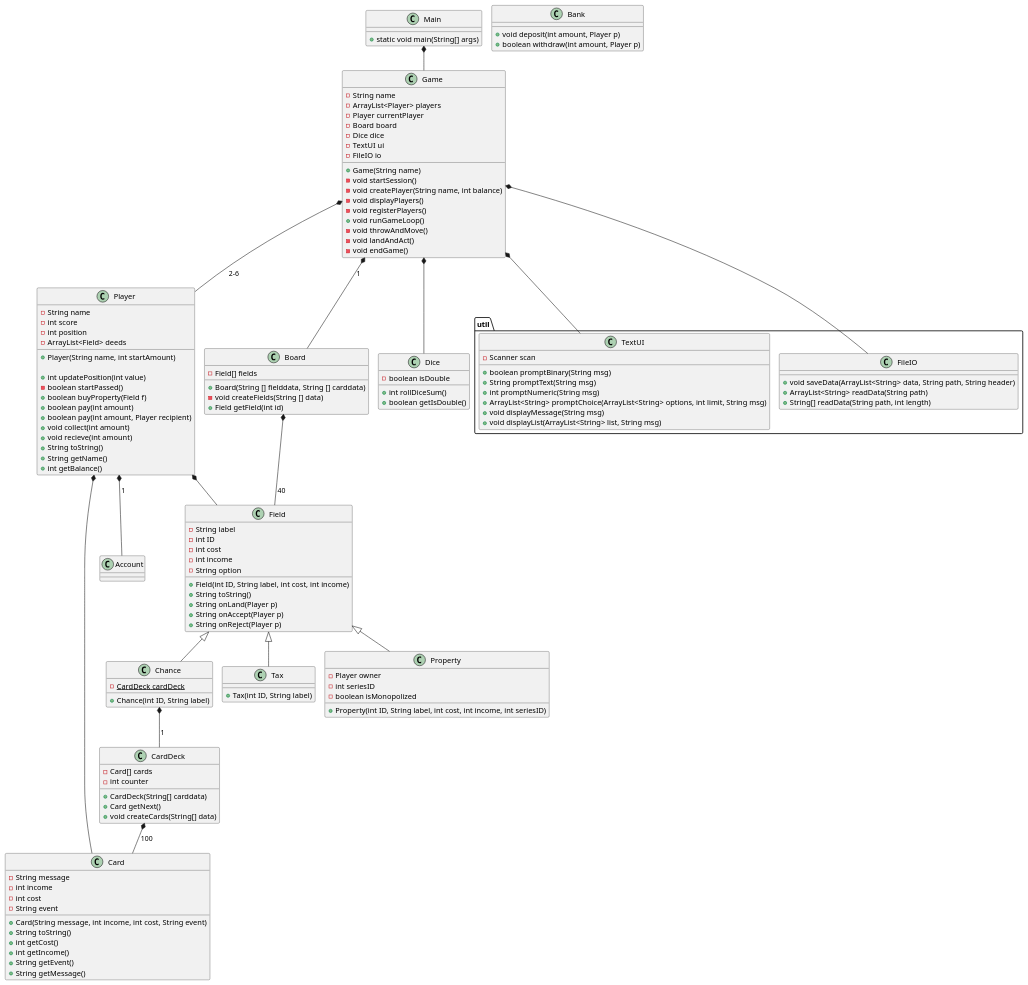
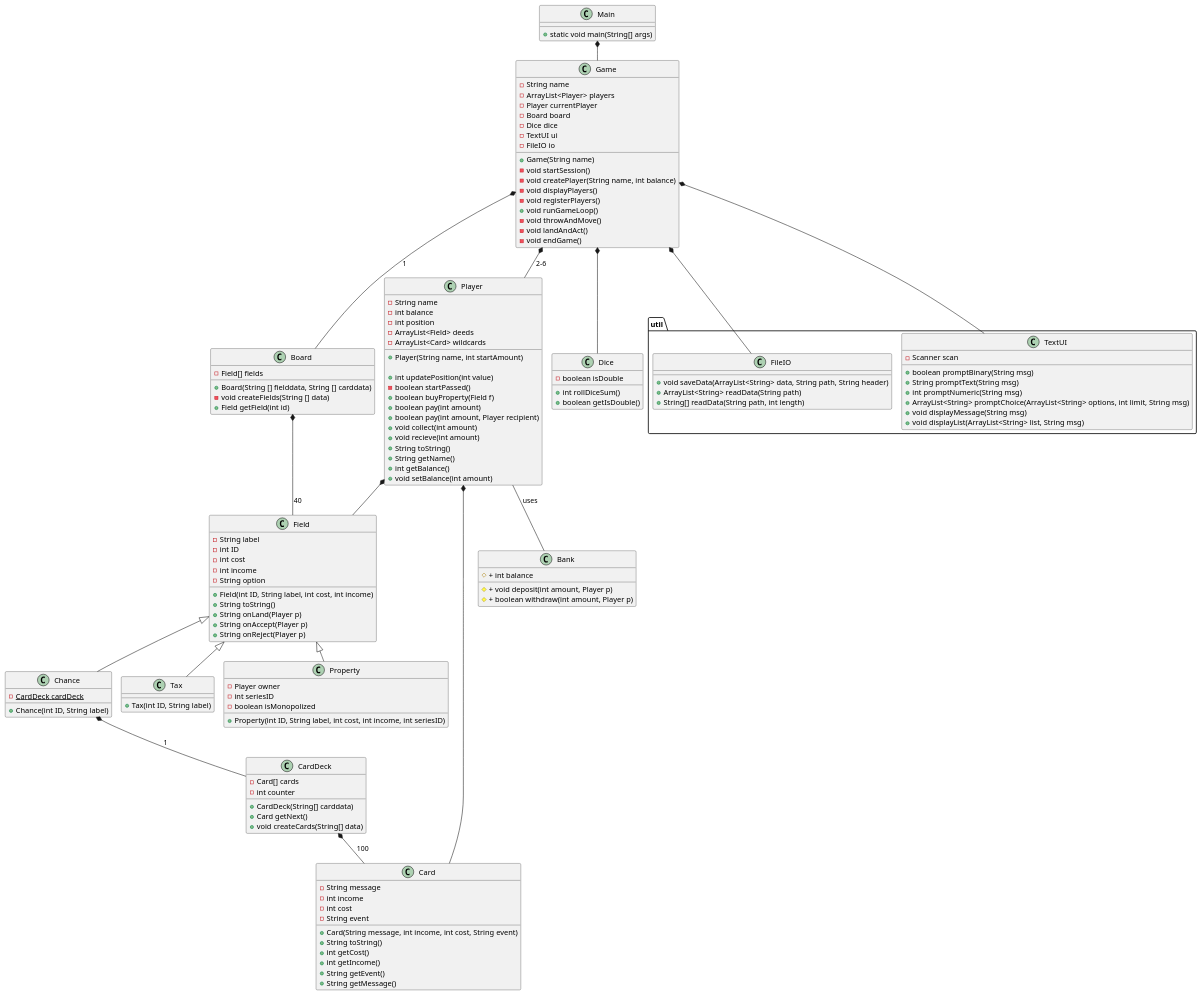
One commit to Dat1Cphbusiness/MonopolyE25 changed the diagram in doc/plan/static/classdiagram_v1.puml. Above: the diagram before and after it, drawn with PlantUML.

Commit message:
some domain classes added

```diff
--- a/doc/plan/static/classdiagram_v1.puml
+++ b/doc/plan/static/classdiagram_v1.puml
@@ -1,151 +1,152 @@
 @startuml
 !pragma layout smetana
 
 class Main{
 + static void main(String[] args)
 }
 
 
 
 
 class Game{
  - String name
  - ArrayList<Player> players
  - Player currentPlayer
  - Board board
  - Dice dice
  'utilities
   - TextUI ui
   - FileIO io
   'Contructor
  + Game(String name)
  'Methods
  - void startSession()
  - void createPlayer(String name, int balance)
  - void displayPlayers()
  - void registerPlayers()
  + void runGameLoop()
  - void throwAndMove()
  - void landAndAct()
  - void endGame()
 
 }
 
 class Player{
 - String name
-- int score
+- int balance
 - int position
 - ArrayList<Field> deeds
+- ArrayList<Card> wildcards
 
 + Player(String name, int startAmount)
 
 + int updatePosition(int value)
 - boolean startPassed()
 + boolean buyProperty(Field f)
 + boolean pay(int amount)
 + boolean pay(int amount, Player recipient)
 + void collect(int amount)
 + void recieve(int amount)
 + String toString()
 + String getName()
 + int getBalance()
++ void setBalance(int amount)
 }
 
 class Bank{
-
-+ void deposit(int amount, Player p)
-+ boolean withdraw(int amount, Player p)
-
+#+ int balance
+# + void deposit(int amount, Player p)
+# + boolean withdraw(int amount, Player p)
 }
 
 class Field{
  - String label
  - int ID
  - int cost
  - int income
  - String option
  + Field(int ID, String label, int cost, int income)
  + String toString()
  + String onLand(Player p)
  + String onAccept(Player p)
  + String onReject(Player p)
 }
 class Board{
  - Field[] fields
  + Board(String [] fielddata, String [] carddata)
 'konstruktoren instansierer CardDeck med carddata som argument og tildeler til Chance.cardDeck
  - void createFields(String [] data)
  + Field getField(int id)
 
 }
 class Property extends Field{
  - Player owner
  - int seriesID
  - boolean isMonopolized
  + Property(int ID, String label, int cost, int income, int seriesID)
 }
 
 class Chance extends Field{
  - {static} CardDeck cardDeck
  + Chance(int ID, String label)
 }
 class Tax extends Field{
 
  + Tax(int ID, String label)
 }
 class CardDeck {
 - Card[] cards
 - int counter
 + CardDeck(String[] carddata)
 + Card getNext()
 + void createCards(String[] data)
 }
 class Card{
 -String message
 -int income
 -int cost
 -String event
 +Card(String message, int income, int cost, String event)
 +String toString()
 + int getCost()
 + int getIncome()
 + String getEvent()
 + String getMessage()
 }
 
 class Dice{
  - boolean isDouble
  +int rollDiceSum()
  +boolean getIsDouble()
  }
 package "util" {
 class TextUI {
 - Scanner scan
 + boolean promptBinary(String msg)
 + String promptText(String msg)
 + int promptNumeric(String msg)
 + ArrayList<String> promptChoice(ArrayList<String> options, int limit, String msg)
 + void displayMessage(String msg)
 + void displayList(ArrayList<String> list, String msg)
 }
 
 class FileIO{
 + void saveData(ArrayList<String> data, String path, String header)
 + ArrayList<String> readData(String path)
 + String[] readData(String path, int length)
 }
 }
 Game *-- TextUI
 Main *-- Game
 Game *-- Player: 2-6
 Game *-- FileIO
-Player *-- Account:1
+Player -- Bank:uses
 Game *-- Board:1
 Board *-- Field:40
 Chance *-- CardDeck:1
 CardDeck *-- Card:100
 Game *-- Dice
 Player *-- Card
 Player *-- Field
 
 @enduml
```
